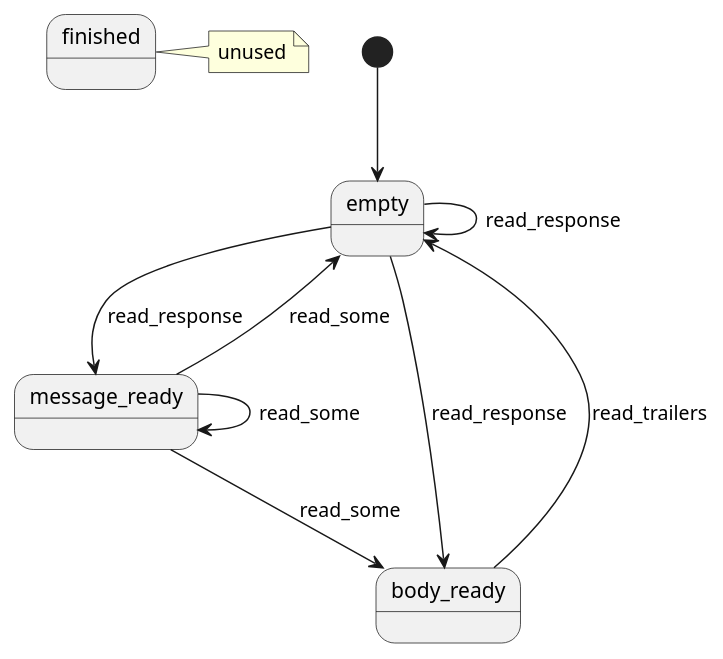
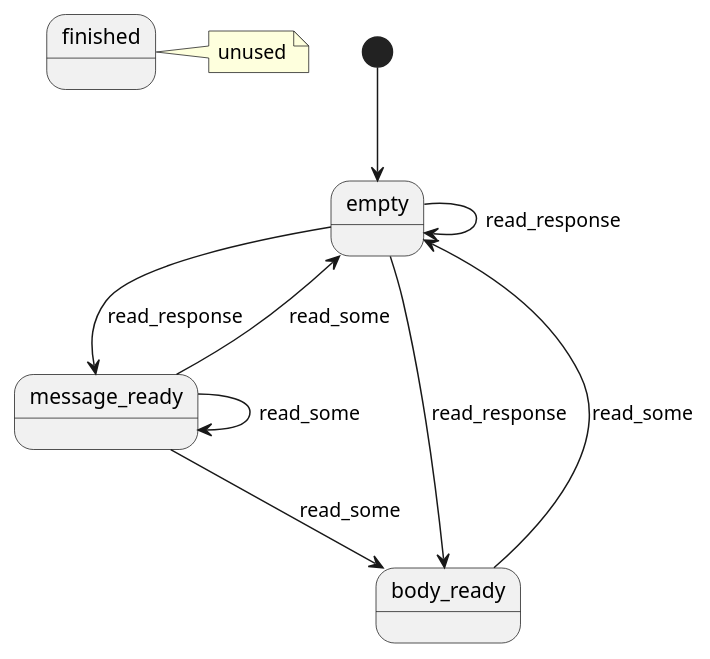
One commit to BoostGSoC14/boost.http changed the second of 2 diagrams in doc/ref/read_state.adoc. Above: the diagram before and after it, drawn with PlantUML. The commit also changed other lines of this file and 33 other files, not shown here.

Commit message:
Remove `async_read_trailers()`

```diff
--- a/doc/ref/read_state.adoc
+++ b/doc/ref/read_state.adoc
@@ -88,23 +88,23 @@
 [plantuml,read_response_state,title="Incoming response"]
 ----
 @startuml
 state empty
 state message_ready
 state body_ready
 state finished
 
 note right of finished : unused
 
 [*] --> empty
 
 empty --> message_ready : read_response
 empty --> body_ready : read_response
 empty --> empty : read_response
 
 message_ready --> message_ready : read_some
 message_ready --> body_ready : read_some
 message_ready --> empty : read_some
 
-body_ready --> empty : read_trailers
+body_ready --> empty : read_some
 @enduml
 ----
```
